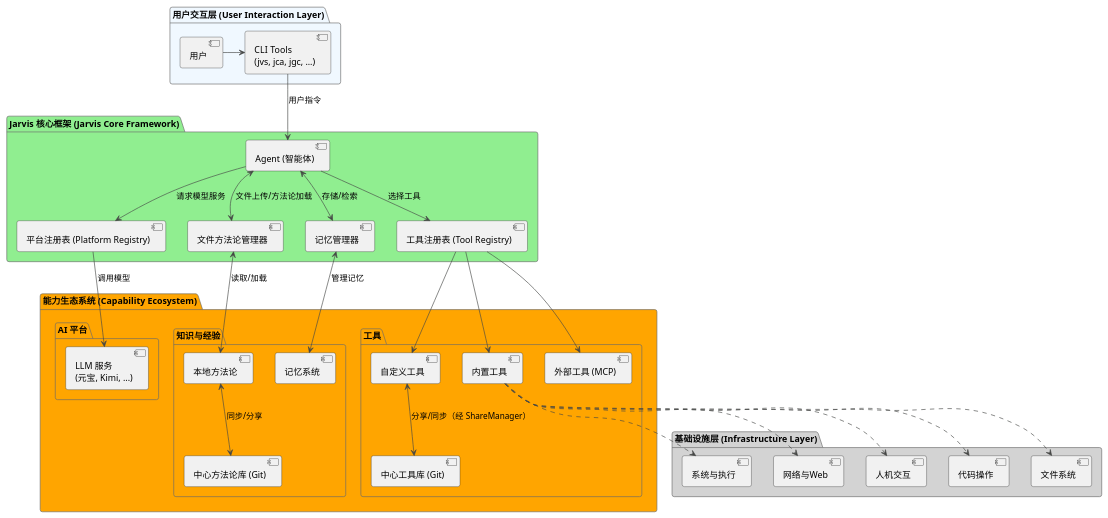
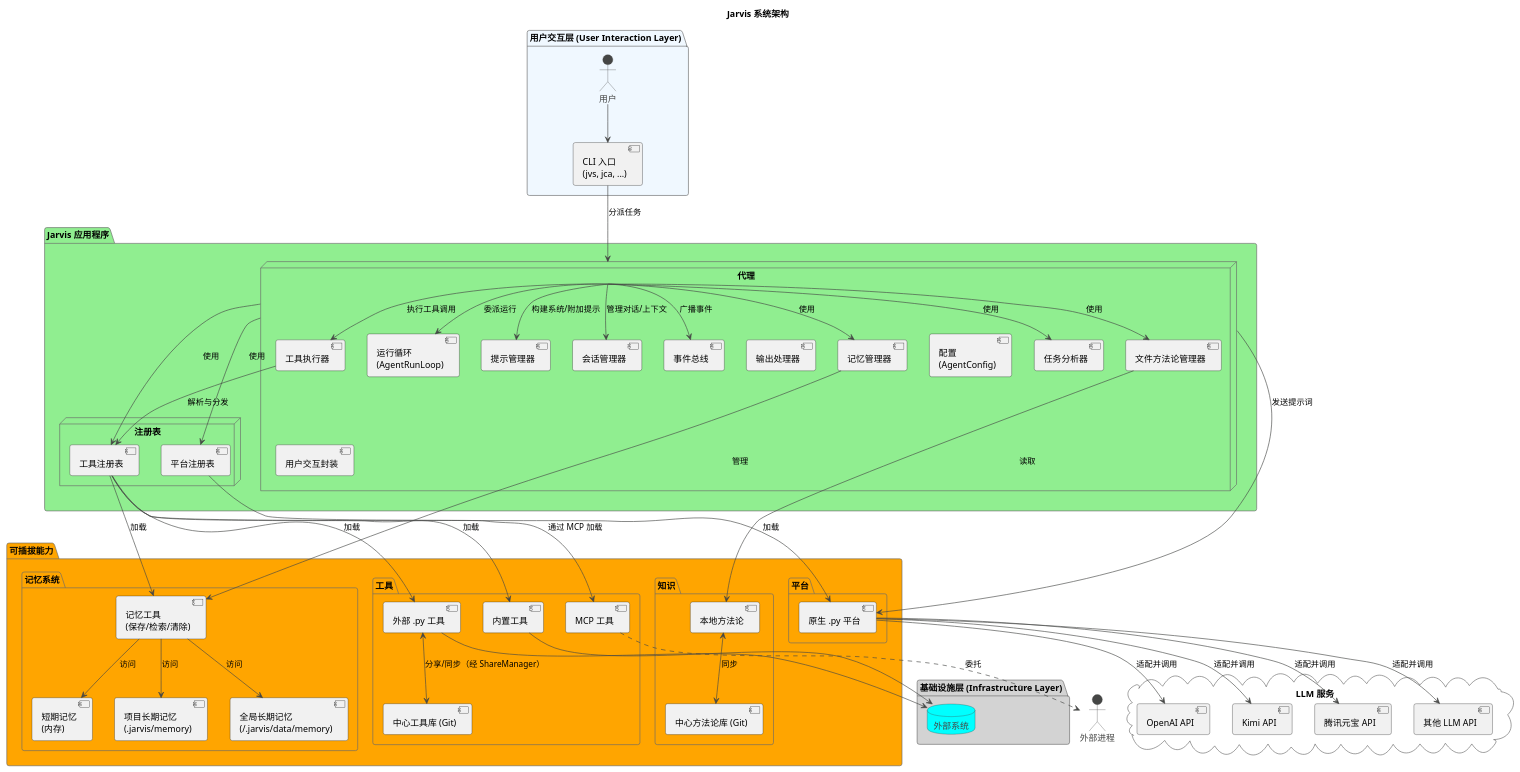
Before and after one commit to skyfireitdiy/Jarvis: the first of 2 diagrams in docs/jarvis_book/1.项目介绍.md, drawn with PlantUML. The commit also changed 1 other file, not shown here.

Commit message:
docs(jarvis_book): 更新系统架构图并统一组件命名与关系
在“1.项目介绍”和“3.核心概念与架构”中重绘 PlantUML 架构图，新增“用户交互层”“基础设施层”和云端 LLM 服务表示，细化代理内部组件（运行循环、提示/会话管理、事件总线、工具执行器、记忆/任务/文件管理等），并拆分注册表与可插拔能力以明确工具/平台/知识/记忆系统的边界。同时规范别名与节点命名（User、ExternalSystem、LocalMethodology 等），修正指向关系并补充标题与说明

这些调整提升了文档的一致性与可读性，减少术语歧义，帮助读者更准确理解系统结构并支持后续扩展

````diff
--- a/docs/jarvis_book/1.项目介绍.md
+++ b/docs/jarvis_book/1.项目介绍.md
@@ -64,68 +64,109 @@
 @startuml
 !theme vibrant
 
-' --- Component Definitions ---
+title Jarvis 系统架构
+
 package "用户交互层 (User Interaction Layer)" #AliceBlue {
-  [用户] as User
-  [CLI Tools\n(jvs, jca, jgc, ...)] as CLI
+    actor 用户 as User
+    [CLI 入口\n(jvs, jca, ...)] as CLI
 }
 
-package "Jarvis 核心框架 (Jarvis Core Framework)" #LightGreen {
-  [Agent (智能体)] as Agent
-  [平台注册表 (Platform Registry)] as PlatformRegistry
-  [工具注册表 (Tool Registry)] as ToolRegistry
-  [文件方法论管理器] as FileMethodologyManager
-  [记忆管理器] as MemoryManager
+package "Jarvis 应用程序" #LightGreen {
+    node "代理" {
+        [运行循环\n(AgentRunLoop)]
+        [输出处理器]
+        [提示管理器]
+        [会话管理器]
+        [事件总线]
+        [工具执行器]
+        [配置\n(AgentConfig)]
+        [用户交互封装]
+
+        [记忆管理器]
+        [任务分析器]
+        [文件方法论管理器]
+    }
+
+    node "注册表" {
+        [工具注册表]
+        [平台注册表]
+    }
 }
 
-package "能力生态系统 (Capability Ecosystem)" #Orange {
-  package "AI 平台" as AIPackage {
-    [LLM 服务\n(元宝, Kimi, ...)] as LLM
-  }
-  package "工具" as ToolPackage {
-    [内置工具] as BuiltinTools
-    [自定义工具] as CustomTools
-    [外部工具 (MCP)] as MCPTools
-    [中心工具库 (Git)] as CentralTools
-  }
-  package "知识与经验" as KnowledgePackage {
-    [本地方法论] as LocalMethodology
-    [中心方法论库 (Git)] as CentralMethodology
-    [记忆系统] as MemorySystem
-  }
+package "可插拔能力" #Orange {
+    package "工具" {
+        [内置工具]
+        [外部 .py 工具]
+        [MCP 工具]
+        [中心工具库 (Git)] as CentralTool
+    }
+    package "平台" {
+        [原生 .py 平台]
+    }
+    package "知识" {
+        [本地方法论] as LocalMethodology
+        [中心方法论库 (Git)] as CentralMethodology
+    }
+    package "记忆系统" {
+        [短期记忆\n(内存)] as ShortMem
+        [项目长期记忆\n(.jarvis/memory)] as ProjMem
+        [全局长期记忆\n(~/.jarvis/data/memory)] as GlobalMem
+        [记忆工具\n(保存/检索/清除)] as MemTools
+    }
 }
 
 package "基础设施层 (Infrastructure Layer)" #LightGrey {
-  [代码操作] as CodeOps
-  [文件系统] as FileSystem
-  [系统与执行] as SysExecution
-  [网络与Web] as WebAccess
-  [人机交互] as HumanInteraction
+    database "外部系统" as ExternalSystem
 }
 
-' --- Relationship Definitions ---
-User -right-> CLI
-CLI -down-> Agent : "用户指令"
-Agent --> PlatformRegistry : "请求模型服务"
-PlatformRegistry --> LLM : "调用模型"
-Agent --> ToolRegistry : "选择工具"
-Agent <--> FileMethodologyManager : "文件上传/方法论加载"
-Agent <--> MemoryManager : "存储/检索"
-FileMethodologyManager <--> LocalMethodology : "读取/加载"
-LocalMethodology <--> CentralMethodology : "同步/分享"
-MemoryManager <--> MemorySystem : "管理记忆"
+cloud "LLM 服务" {
+    [OpenAI API]
+    [Kimi API]
+    [腾讯元宝 API]
+    [其他 LLM API]
+}
 
-ToolRegistry --> BuiltinTools
-ToolRegistry --> CustomTools
-ToolRegistry --> MCPTools
-CustomTools <--> CentralTools : "分享/同步（经 ShareManager）"
+User --> CLI
+CLI --> 代理 : 分派任务
 
-BuiltinTools ..> CodeOps
-BuiltinTools ..> FileSystem
-BuiltinTools ..> SysExecution
-BuiltinTools ..> WebAccess
-BuiltinTools ..> HumanInteraction
+代理 --> 工具注册表 : 使用
+代理 --> 平台注册表 : 使用
+代理 --> [运行循环\n(AgentRunLoop)] : 委派运行
+代理 --> [提示管理器] : 构建系统/附加提示
+代理 --> [会话管理器] : 管理对话/上下文
+代理 --> [事件总线] : 广播事件
+代理 --> [工具执行器] : 执行工具调用
+[工具执行器] --> 工具注册表 : 解析与分发
 
+工具注册表 --> [内置工具] : 加载
+工具注册表 --> [外部 .py 工具] : 加载
+工具注册表 --> [MCP 工具] : 通过 MCP 加载
+[外部 .py 工具] <--> CentralTool : 分享/同步（经 ShareManager）
+
+平台注册表 --> [原生 .py 平台] : 加载
+
+代理 --> [原生 .py 平台] : 发送提示词
+[原生 .py 平台] --> [OpenAI API] : 适配并调用
+[原生 .py 平台] --> [Kimi API] : 适配并调用
+[原生 .py 平台] --> [腾讯元宝 API] : 适配并调用
+[原生 .py 平台] --> [其他 LLM API] : 适配并调用
+
+[内置工具] --> ExternalSystem
+[外部 .py 工具] --> ExternalSystem
+[MCP 工具] ..> "外部进程" : 委托
+
+[文件方法论管理器] --> LocalMethodology : 读取
+LocalMethodology <--> CentralMethodology : 同步
+
+[记忆管理器] --> MemTools : 管理
+MemTools --> ShortMem : 访问
+MemTools --> ProjMem : 访问
+MemTools --> GlobalMem : 访问
+
+代理 --> [记忆管理器] : 使用
+代理 --> [任务分析器] : 使用
+代理 --> [文件方法论管理器] : 使用
+工具注册表 --> MemTools : 加载
 
 @enduml
 ```
````
